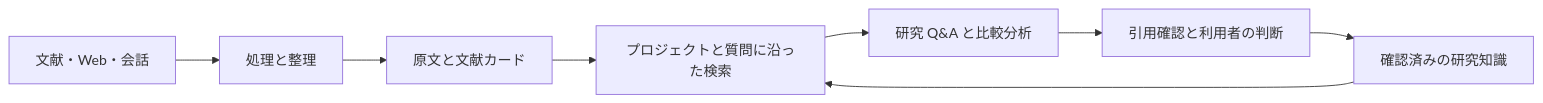
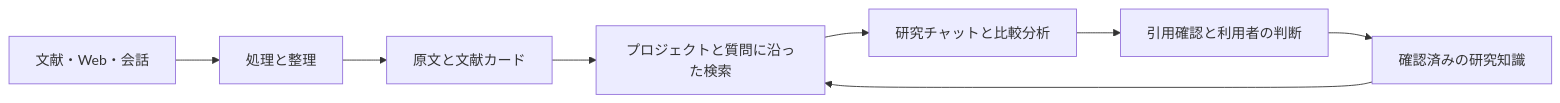
One commit to KuchinashiYume/Memorive changed the diagram in README.ja.md. Above: the diagram before and after it, drawn with Mermaid. The commit also changed other lines of this file and 23 other files, not shown here.

````diff
--- a/README.ja.md
+++ b/README.ja.md
@@ -108,10 +108,10 @@
 ```mermaid
 flowchart LR
   sources[文献・Web・会話] --> processing[処理と整理]
   processing --> library[原文と文献カード]
   library --> retrieval[プロジェクトと質問に沿った検索]
-  retrieval --> answer[研究 Q&A と比較分析]
+  retrieval --> answer[研究チャットと比較分析]
   answer --> check[引用確認と利用者の判断]
   check --> knowledge[確認済みの研究知識]
   knowledge --> retrieval
 ```
````
